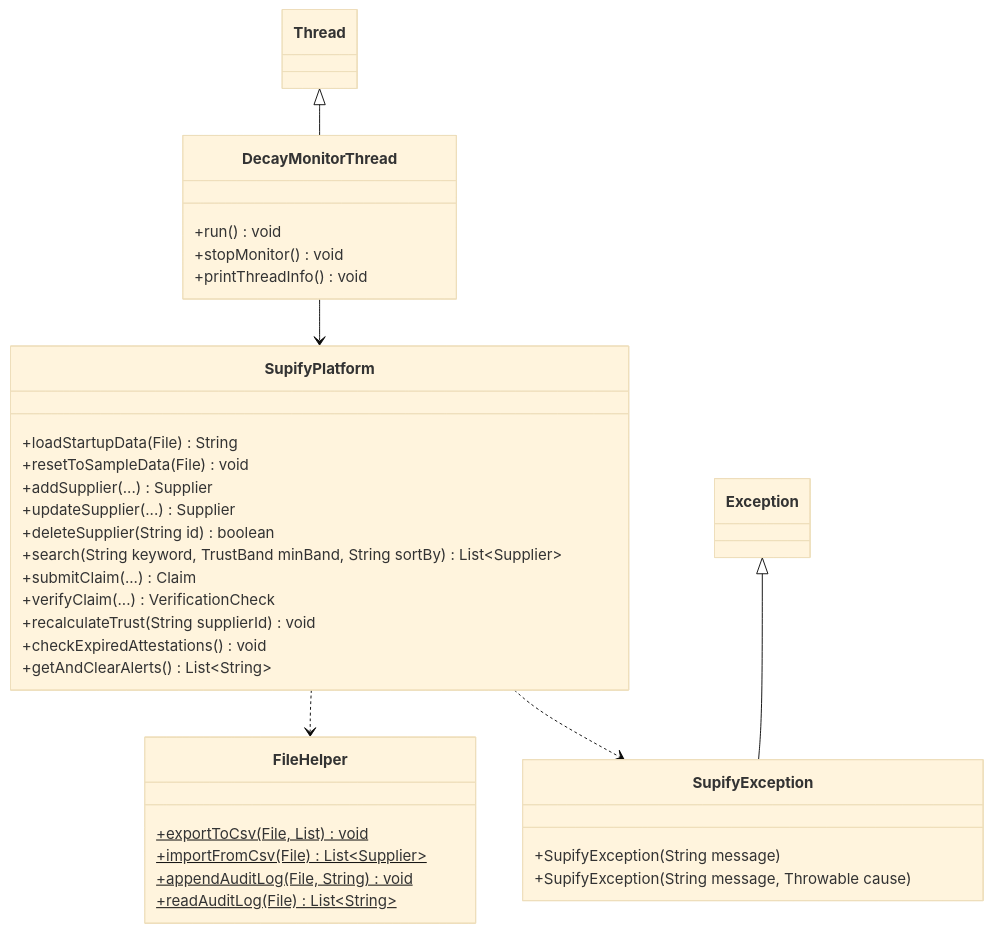
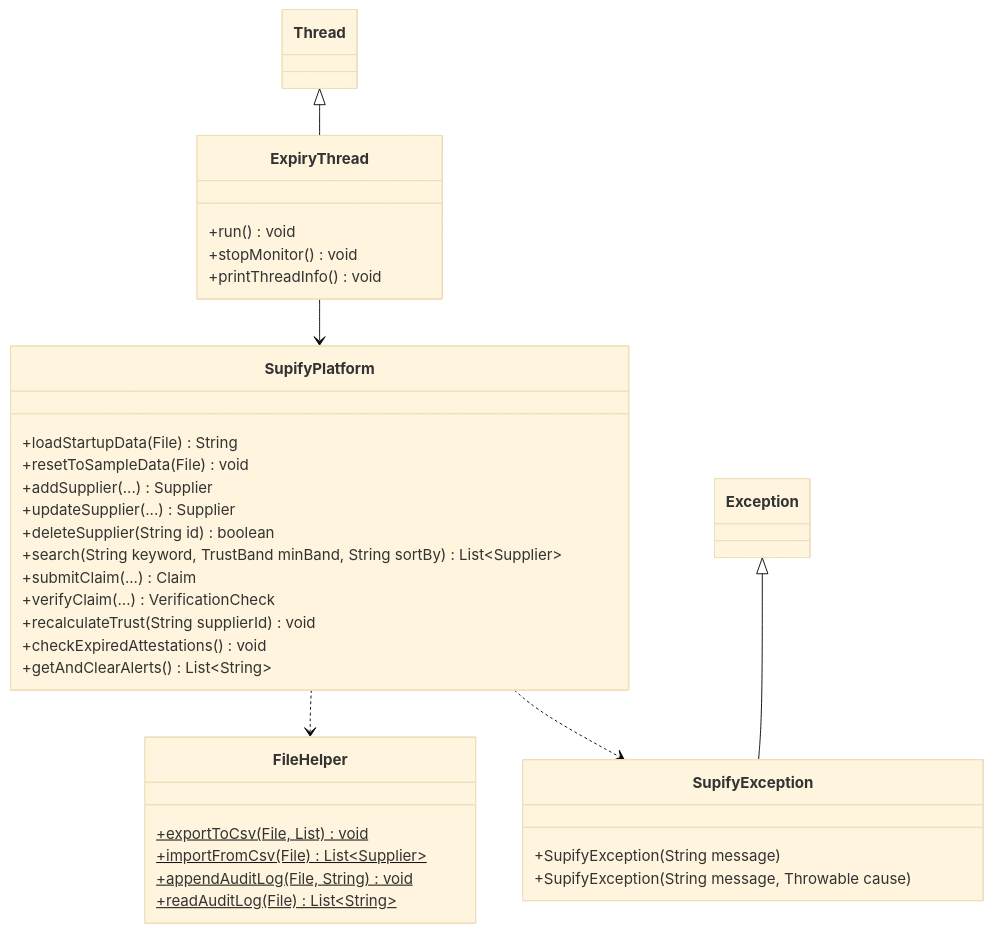
The second of 2 diagrams in docs/backend-architecture.md (tanish19078/supify), drawn with Mermaid (base theme) before and after one commit. The commit also changed other lines of this file and 8 other files, not shown here.

Commit message:
Rename DecayMonitorThread to ExpiryThread

````diff
--- a/docs/backend-architecture.md
+++ b/docs/backend-architecture.md
@@ -31,40 +31,40 @@
 ```mermaid
 classDiagram
     class SupifyPlatform {
         +loadStartupData(File) String
         +resetToSampleData(File) void
         +addSupplier(...) Supplier
         +updateSupplier(...) Supplier
         +deleteSupplier(String id) boolean
         +search(String keyword, TrustBand minBand, String sortBy) List~Supplier~
         +submitClaim(...) Claim
         +verifyClaim(...) VerificationCheck
         +recalculateTrust(String supplierId) void
         +checkExpiredAttestations() void
         +getAndClearAlerts() List~String~
     }
 
     class FileHelper {
         +exportToCsv(File, List)$ void
         +importFromCsv(File)$ List~Supplier~
         +appendAuditLog(File, String)$ void
         +readAuditLog(File)$ List~String~
     }
 
-    class DecayMonitorThread {
+    class ExpiryThread {
         +run() void
         +stopMonitor() void
         +printThreadInfo() void
     }
 
     class SupifyException {
         +SupifyException(String message)
         +SupifyException(String message, Throwable cause)
     }
 
-    Thread <|-- DecayMonitorThread
+    Thread <|-- ExpiryThread
     Exception <|-- SupifyException
     SupifyPlatform ..> FileHelper
     SupifyPlatform ..> SupifyException
-    DecayMonitorThread --> SupifyPlatform
+    ExpiryThread --> SupifyPlatform
 ```
````
